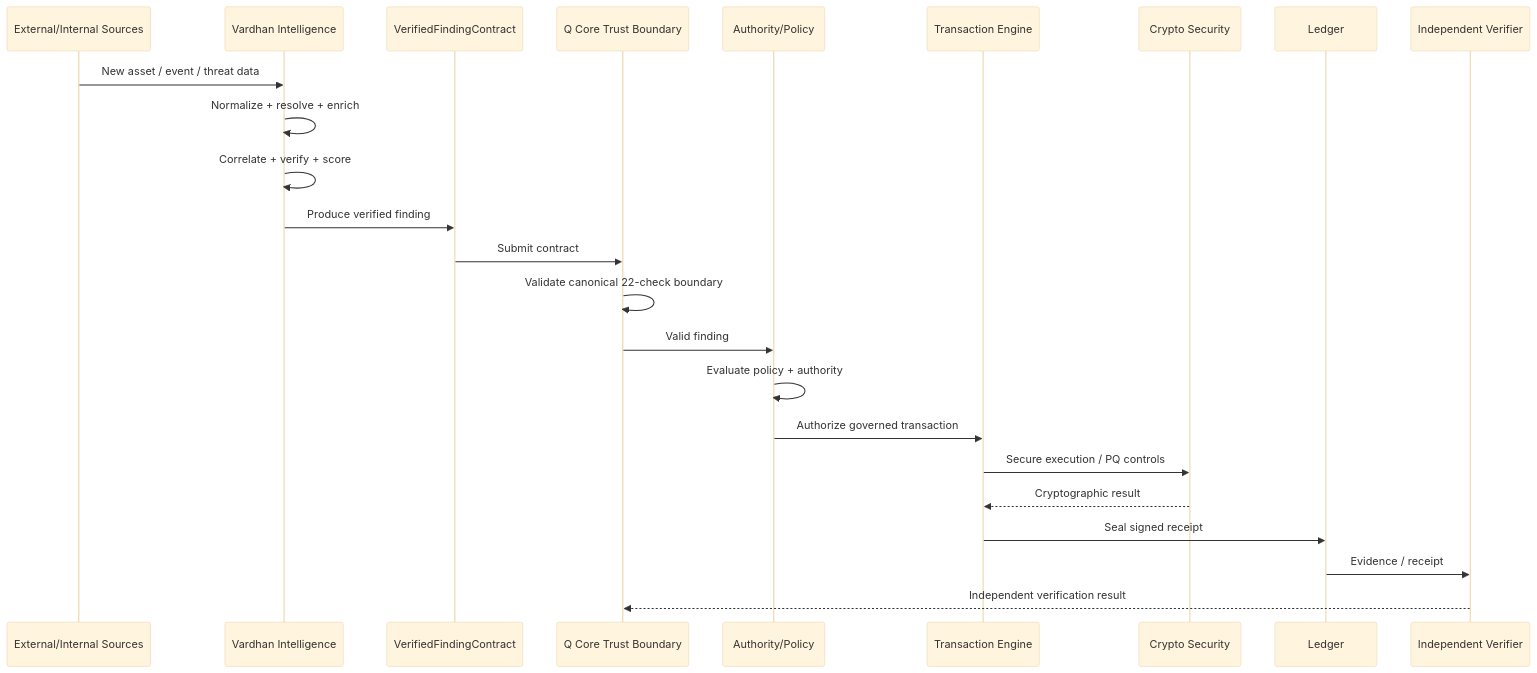
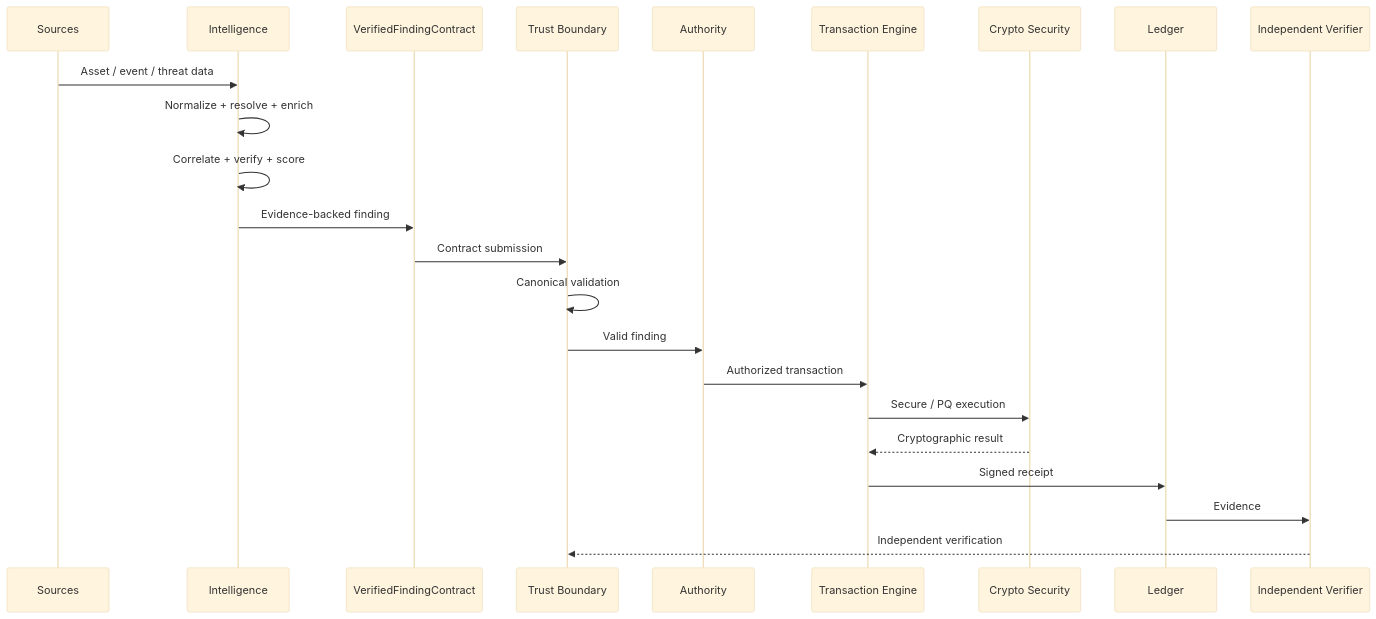
The third of 7 diagrams in README.md (vishnuvardhanburri/VARDHAN_Q_CORE-PLATFORM), drawn with Mermaid (base theme) before and after one commit. The commit also changed other lines of this file, not shown here.

Commit message:
docs(readme): add assurance roadmap and certification badges

````diff
--- a/README.md
+++ b/README.md
@@ -77,27 +131,26 @@
 ```mermaid
 sequenceDiagram
-    participant X as External/Internal Sources
-    participant I as Vardhan Intelligence
+    participant X as Sources
+    participant I as Intelligence
     participant V as VerifiedFindingContract
-    participant T as Q Core Trust Boundary
-    participant A as Authority/Policy
+    participant T as Trust Boundary
+    participant A as Authority
     participant E as Transaction Engine
     participant C as Crypto Security
     participant L as Ledger
     participant R as Independent Verifier
 
-    X->>I: New asset / event / threat data
+    X->>I: Asset / event / threat data
     I->>I: Normalize + resolve + enrich
     I->>I: Correlate + verify + score
-    I->>V: Produce verified finding
-    V->>T: Submit contract
-    T->>T: Validate canonical 22-check boundary
+    I->>V: Evidence-backed finding
+    V->>T: Contract submission
+    T->>T: Canonical validation
     T->>A: Valid finding
-    A->>A: Evaluate policy + authority
-    A->>E: Authorize governed transaction
-    E->>C: Secure execution / PQ controls
+    A->>E: Authorized transaction
+    E->>C: Secure / PQ execution
     C-->>E: Cryptographic result
-    E->>L: Seal signed receipt
-    L->>R: Evidence / receipt
-    R-->>T: Independent verification result
+    E->>L: Signed receipt
+    L->>R: Evidence
+    R-->>T: Independent verification
 ```
````
